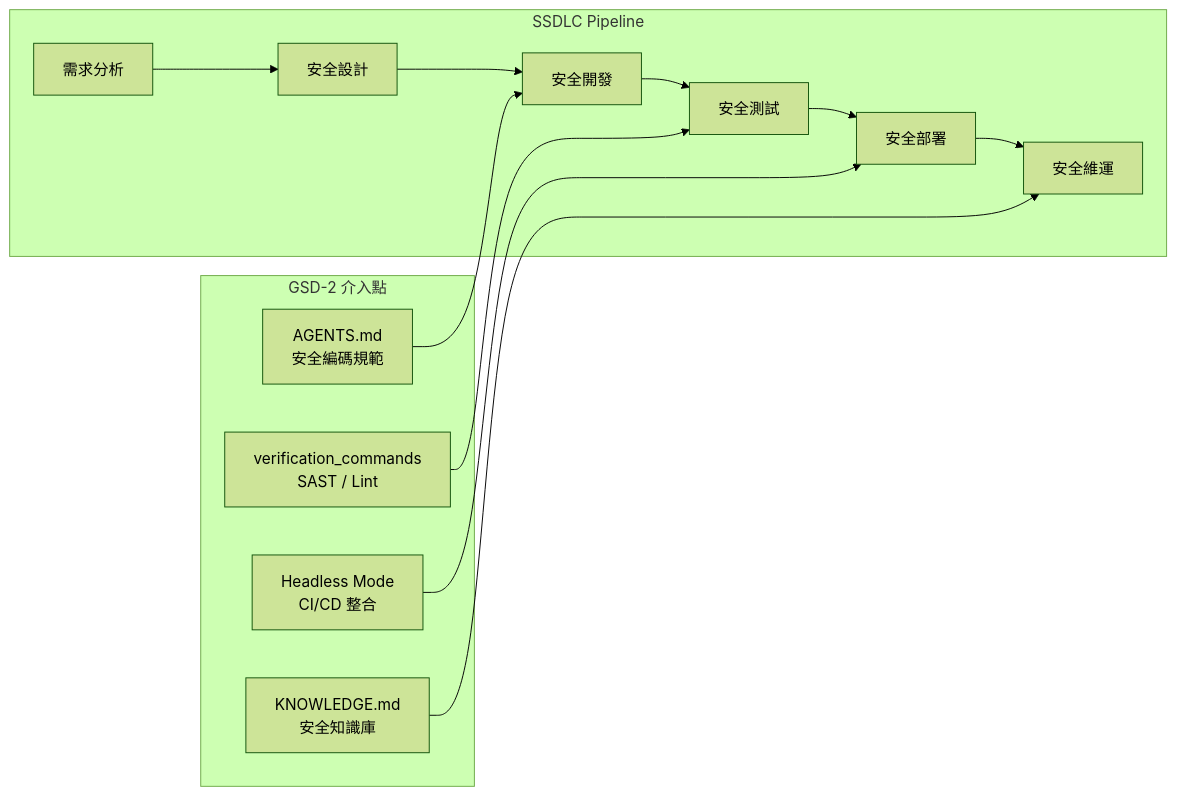
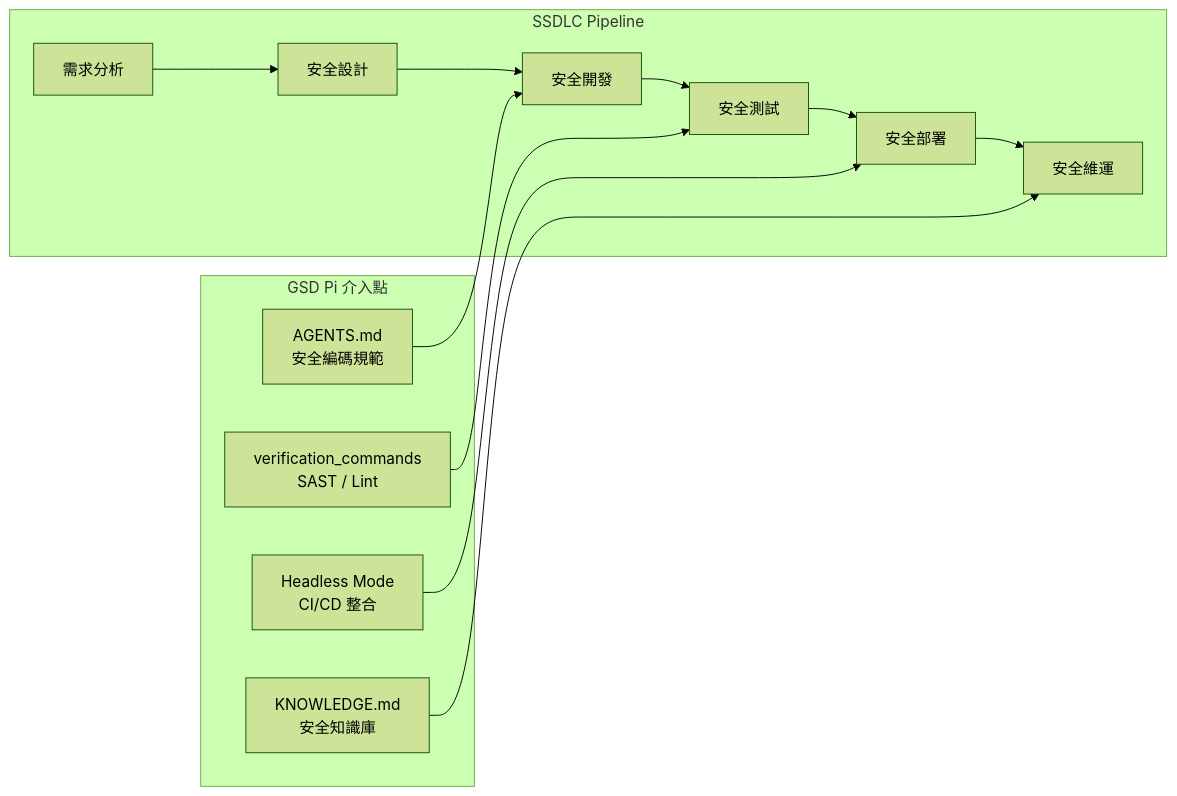
Before and after one commit to chihhung/Blog: the fifth of 16 diagrams in content/posts/教學/AI開發/GSD-2教學手冊.md, drawn with Mermaid (forest theme). The commit also changed other lines of this file and 12 other files, not shown here.

````diff
--- a/content/posts/教學/AI開發/GSD-2教學手冊.md
+++ b/content/posts/教學/AI開發/GSD-2教學手冊.md
@@ -528,17 +606,17 @@
 ```mermaid
 graph LR
     subgraph "SSDLC Pipeline"
         REQ[需求分析] --> DESIGN[安全設計]
         DESIGN --> DEV[安全開發]
         DEV --> TEST[安全測試]
         TEST --> DEPLOY[安全部署]
         DEPLOY --> OPS[安全維運]
     end
 
-    subgraph "GSD-2 介入點"
+    subgraph "GSD Pi 介入點"
         G1[AGENTS.md<br/>安全編碼規範] --> DEV
         G2[verification_commands<br/>SAST / Lint] --> TEST
         G3[Headless Mode<br/>CI/CD 整合] --> DEPLOY
         G4[KNOWLEDGE.md<br/>安全知識庫] --> OPS
     end
 ```
````
